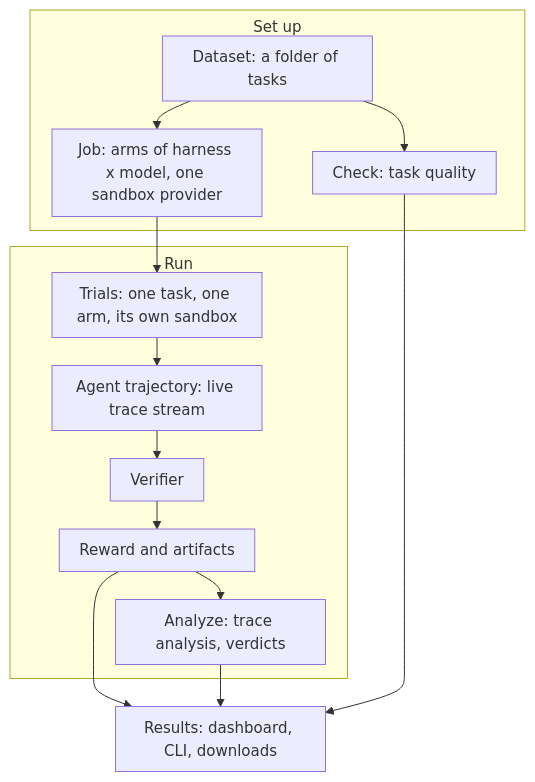
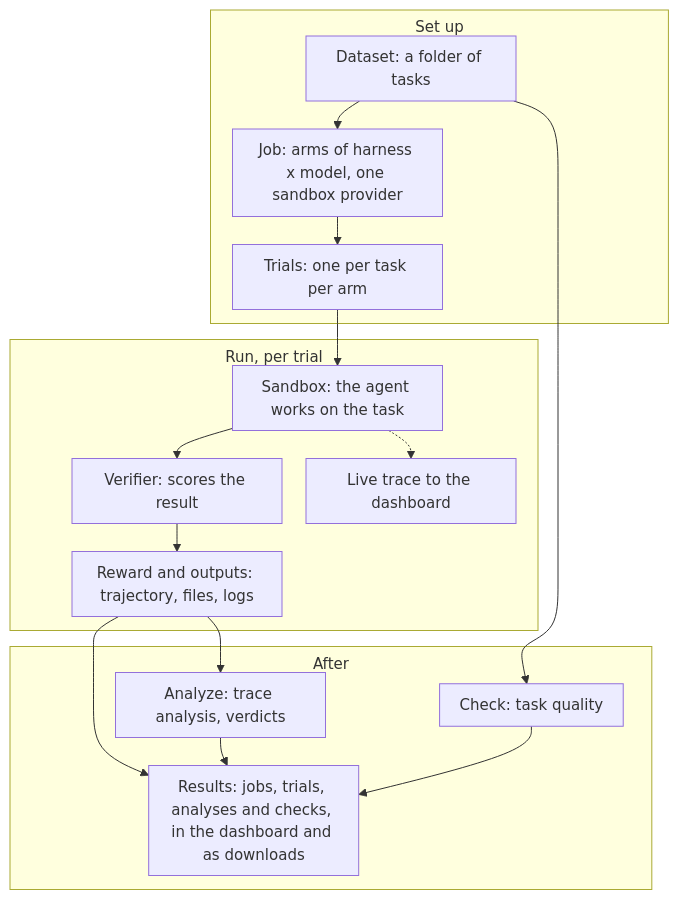
One commit to evolving-machines-lab/evolve changed the diagram in docs-mintlify/core-concepts/index.mdx. Above: the diagram before and after it, drawn with Mermaid. The commit also changed other lines of this file, not shown here.

Commit message:
docs-mintlify: concepts chart as the flow happens: set up, run per trial with the live trace aside, after; definitions to match

````diff
--- a/docs-mintlify/core-concepts/index.mdx
+++ b/docs-mintlify/core-concepts/index.mdx
@@ -6,18 +6,25 @@
 ```mermaid
 %%{init: {"themeVariables": {"fontSize": "15px", "fontFamily": "Google Sans Flex, sans-serif"}, "flowchart": {"nodeSpacing": 24, "rankSpacing": 28, "padding": 10, "wrappingWidth": 170, "subGraphTitleMargin": {"top": 6, "bottom": 6}}}}%%
 flowchart TB
   subgraph S[Set up]
     D[Dataset: a folder of tasks] --> J[Job: arms of harness x model, one sandbox provider]
-    D --> C[Check: task quality]
+    J --> T[Trials: one per task per arm]
   end
-  subgraph RUN[Run]
-    T[Trials: one task, one arm, its own sandbox] --> A[Agent trajectory: live trace stream]
-    A --> V[Verifier]
-    V --> R[Reward and artifacts]
-    R --> AN[Analyze: trace analysis, verdicts]
+  subgraph RUN[Run, per trial]
+    SB[Sandbox: the agent works on the task] --> V[Verifier: scores the result]
+    SB -.-> L[Live trace to the dashboard]
+    V --> R[Reward and outputs: trajectory, files, logs]
   end
-  J --> T
-  R --> O[Results: dashboard, CLI, downloads]
+  subgraph AFTER[After]
+    AN[Analyze: trace analysis, verdicts]
+    C[Check: task quality]
+    O[Results: jobs, trials, analyses and checks, in the dashboard and as downloads]
+  end
+  T --> SB
+  R --> AN
+  D --> C
+  R ~~~ C
+  R --> O
   AN --> O
   C --> O
 ```
````
